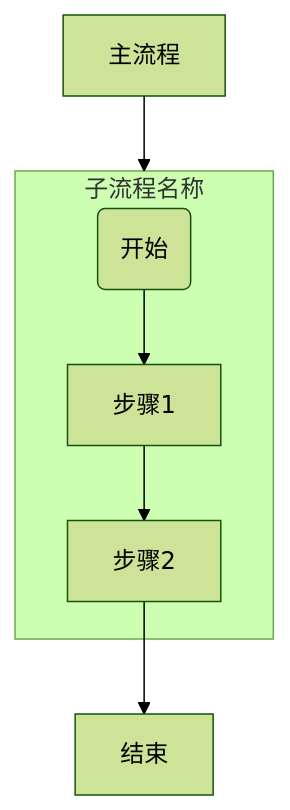
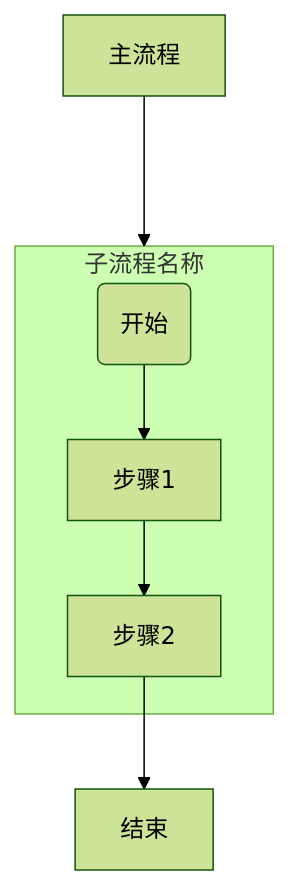
Before and after one commit to zeff163/stackedit-app-data: the third of 3 diagrams in Daily work/2025/Month_04/07.md, drawn with Mermaid (forest theme). The commit also changed other lines of this file, not shown here.

Commit message:
Daily work/2025/Month_04/07.md updated from https://stackedit.cn/

````diff
--- a/Daily work/2025/Month_04/07.md
+++ b/Daily work/2025/Month_04/07.md
@@ -73,9 +73,9 @@
 ```mermaid
 graph TD
-    A[主流程] --> 子流程{检查}
+    A[主流程] ---> 子流程{检查}
     subgraph 子流程 [子流程名称]
         B(开始) --> C[步骤1]
         C --> D[步骤2]
     end
     D --> E[结束]
 ```
````
